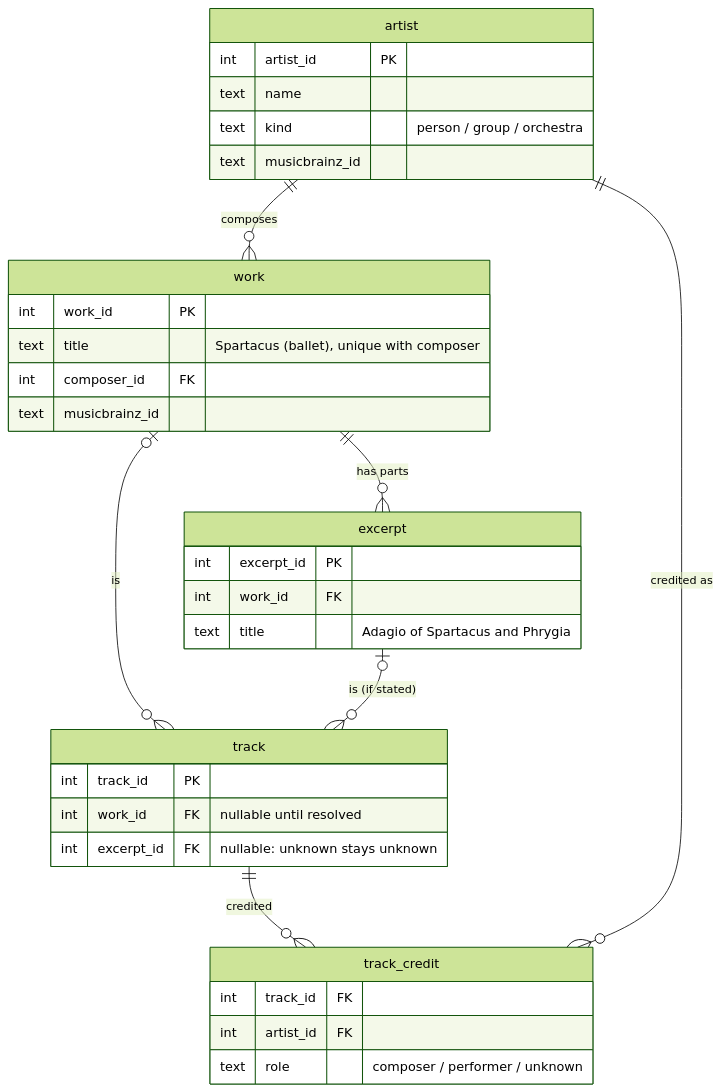
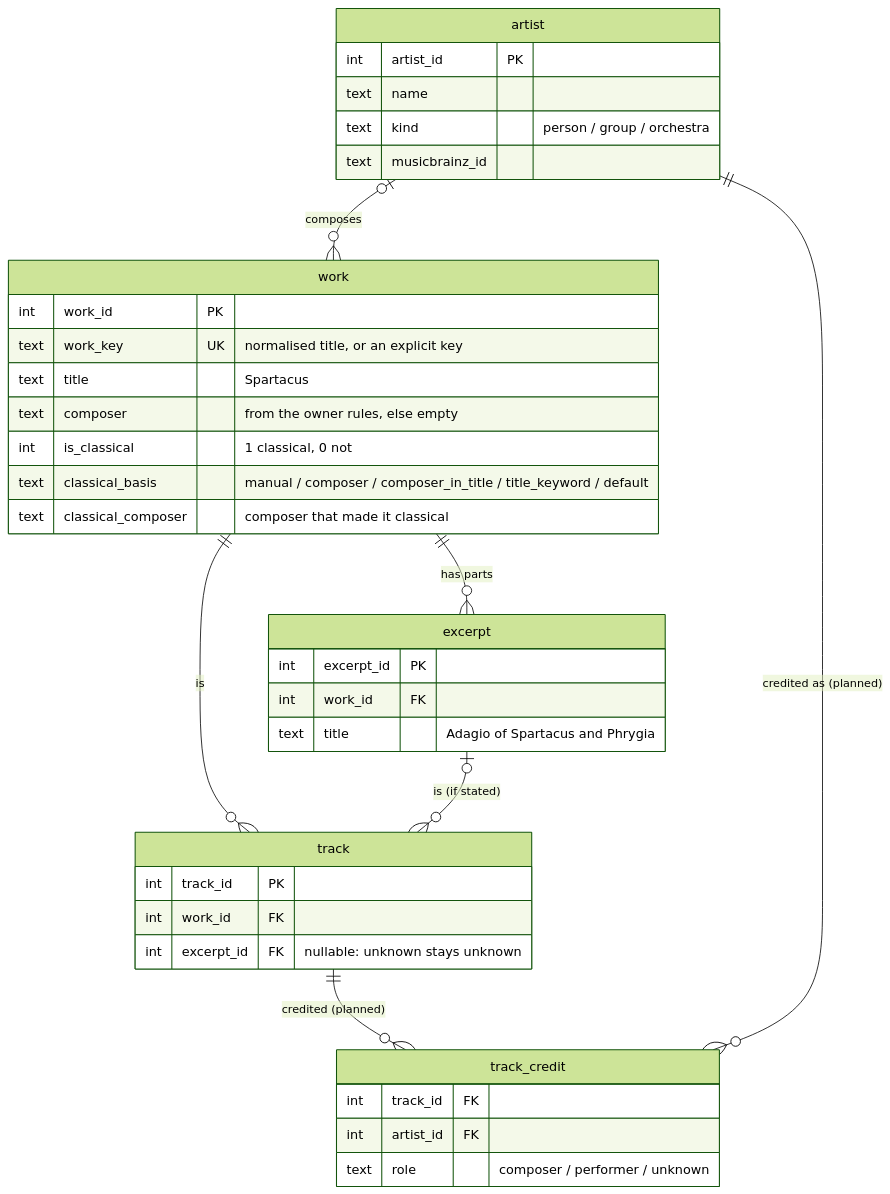
The second of 2 diagrams in docs/db_schema.md (BorisenkoAnna1193/rg-music-catalog), drawn with Mermaid (forest theme) before and after one commit. The commit also changed other lines of this file and 16 other files, not shown here.

First line of the commit message:
Music matching, second pass; classical flag; schema and process diagrams

````diff
--- a/docs/db_schema.md
+++ b/docs/db_schema.md
@@ -107,37 +112,40 @@
 ```mermaid
 erDiagram
-    artist ||--o{ work : "composes"
     work ||--o{ excerpt : "has parts"
-    work |o--o{ track : "is"
+    work ||--o{ track : "is"
     excerpt |o--o{ track : "is (if stated)"
-    track ||--o{ track_credit : "credited"
-    artist ||--o{ track_credit : "credited as"
+    artist |o--o{ work : "composes"
+    track ||--o{ track_credit : "credited (planned)"
+    artist ||--o{ track_credit : "credited as (planned)"
 
-    artist {
-        int artist_id PK
-        text name
-        text kind "person / group / orchestra"
-        text musicbrainz_id
-    }
     work {
         int work_id PK
-        text title "Spartacus (ballet), unique with composer"
-        int composer_id FK
-        text musicbrainz_id
+        text work_key UK "normalised title, or an explicit key"
+        text title "Spartacus"
+        text composer "from the owner rules, else empty"
+        int is_classical "1 classical, 0 not"
+        text classical_basis "manual / composer / composer_in_title / title_keyword / default"
+        text classical_composer "composer that made it classical"
     }
     excerpt {
         int excerpt_id PK
         int work_id FK
         text title "Adagio of Spartacus and Phrygia"
     }
     track {
         int track_id PK
-        int work_id FK "nullable until resolved"
+        int work_id FK
         int excerpt_id FK "nullable: unknown stays unknown"
+    }
+    artist {
+        int artist_id PK
+        text name
+        text kind "person / group / orchestra"
+        text musicbrainz_id
     }
     track_credit {
         int track_id FK
         int artist_id FK
         text role "composer / performer / unknown"
     }
 ```
````
